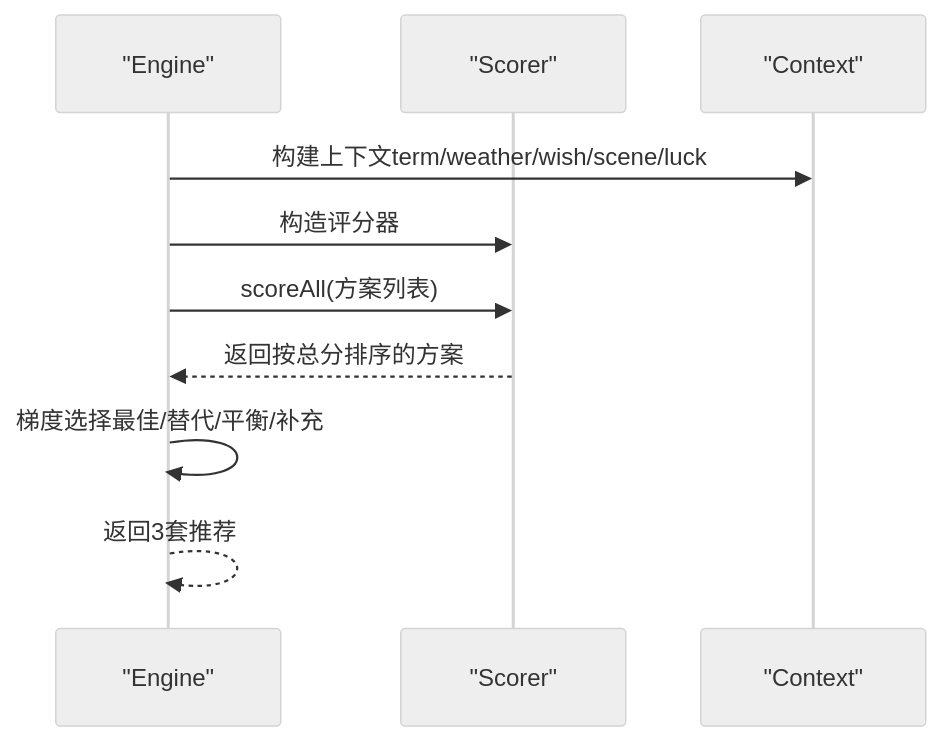
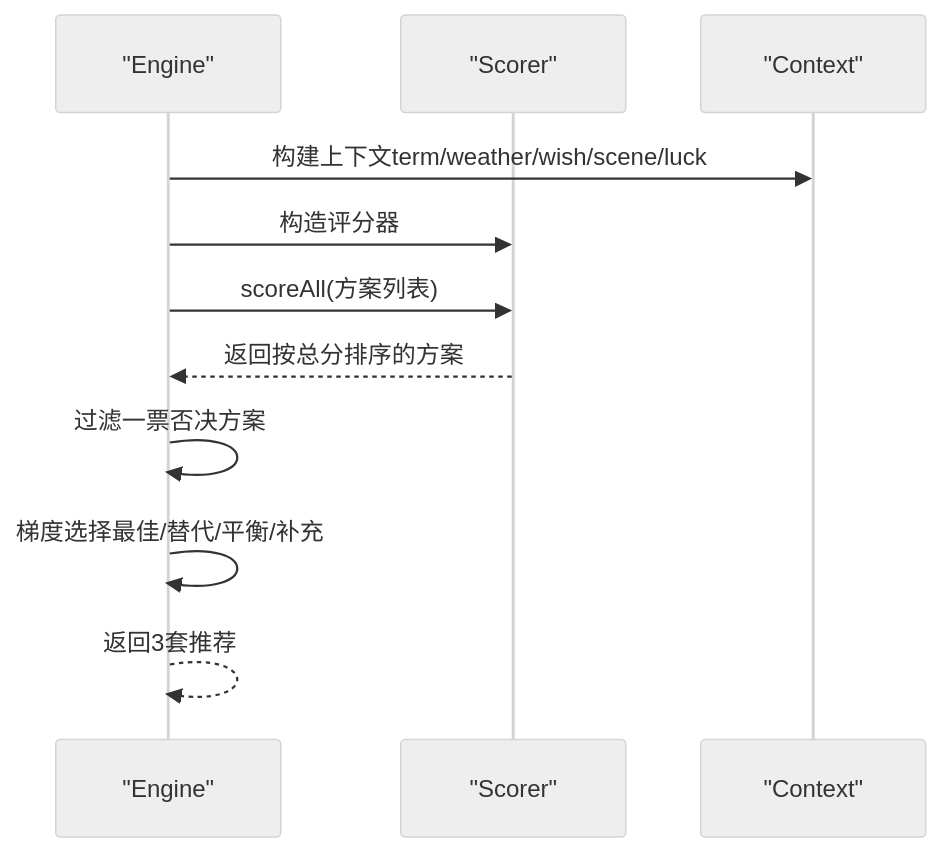
Before and after one commit to jeankeim/wuxing-fashion: the sixth of 7 diagrams in .qoder/repowiki/zh/content/核心模块/评分引擎.md, drawn with Mermaid (neutral theme). The commit also changed other lines of this file and 27 other files, not shown here.

````diff
--- a/.qoder/repowiki/zh/content/核心模块/评分引擎.md
+++ b/.qoder/repowiki/zh/content/核心模块/评分引擎.md
@@ -249,12 +268,13 @@
 ```mermaid
 sequenceDiagram
 participant E as "Engine"
 participant S as "Scorer"
 participant Ctx as "Context"
 E->>Ctx : 构建上下文term/weather/wish/scene/luck
 E->>S : 构造评分器
 E->>S : scoreAll(方案列表)
 S-->>E : 返回按总分排序的方案
+E->>E : 过滤一票否决方案
 E->>E : 梯度选择最佳/替代/平衡/补充
 E-->>E : 返回3套推荐
 ```
````
